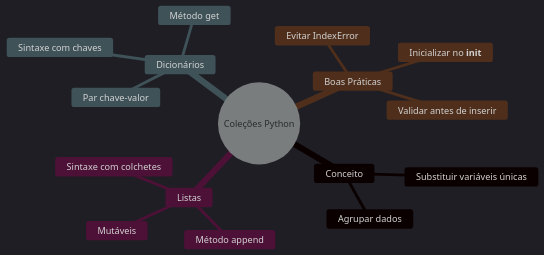
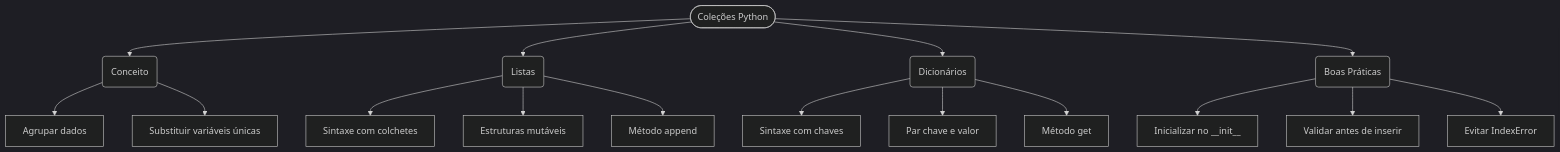
The diagram in POO/Aulas/Aula09-MapaMental.md (allbertsoarez/cornelia-tecnico), drawn with Mermaid (dark theme) before and after one commit. The commit also changed other lines of this file, not shown here.

````diff
--- a/POO/Aulas/Aula09-MapaMental.md
+++ b/POO/Aulas/Aula09-MapaMental.md
@@ -3,19 +6,22 @@
 ```mermaid
-mindmap
-  root((Coleções Python))
-    Conceito
-      Agrupar dados
-      Substituir variáveis únicas
-    Listas
-      Sintaxe com colchetes
-      Mutáveis
-      Método append
-    Dicionários
-      Sintaxe com chaves
-      Par chave-valor
-      Método get
-    Boas Práticas
-      Inicializar no __init__
-      Validar antes de inserir
-      Evitar IndexError
+graph TD
+    A([Coleções Python]) --> B(Conceito)
+    A --> C(Listas)
+    A --> D(Dicionários)
+    A --> E(Boas Práticas)
+
+    B --> B1[Agrupar dados]
+    B --> B2[Substituir variáveis únicas]
+
+    C --> C1[Sintaxe com colchetes]
+    C --> C2[Estruturas mutáveis]
+    C --> C3[Método append]
+
+    D --> D1[Sintaxe com chaves]
+    D --> D2[Par chave e valor]
+    D --> D3[Método get]
+
+    E --> E1[Inicializar no __init__]
+    E --> E2[Validar antes de inserir]
+    E --> E3[Evitar IndexError]
 ```
````
